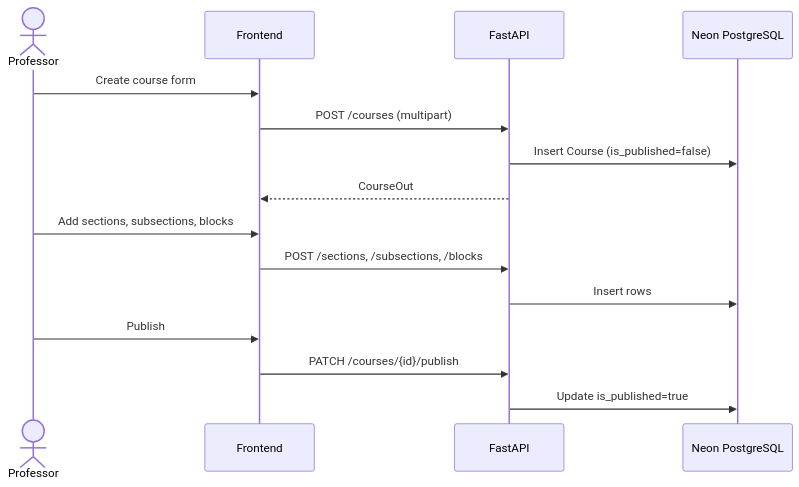
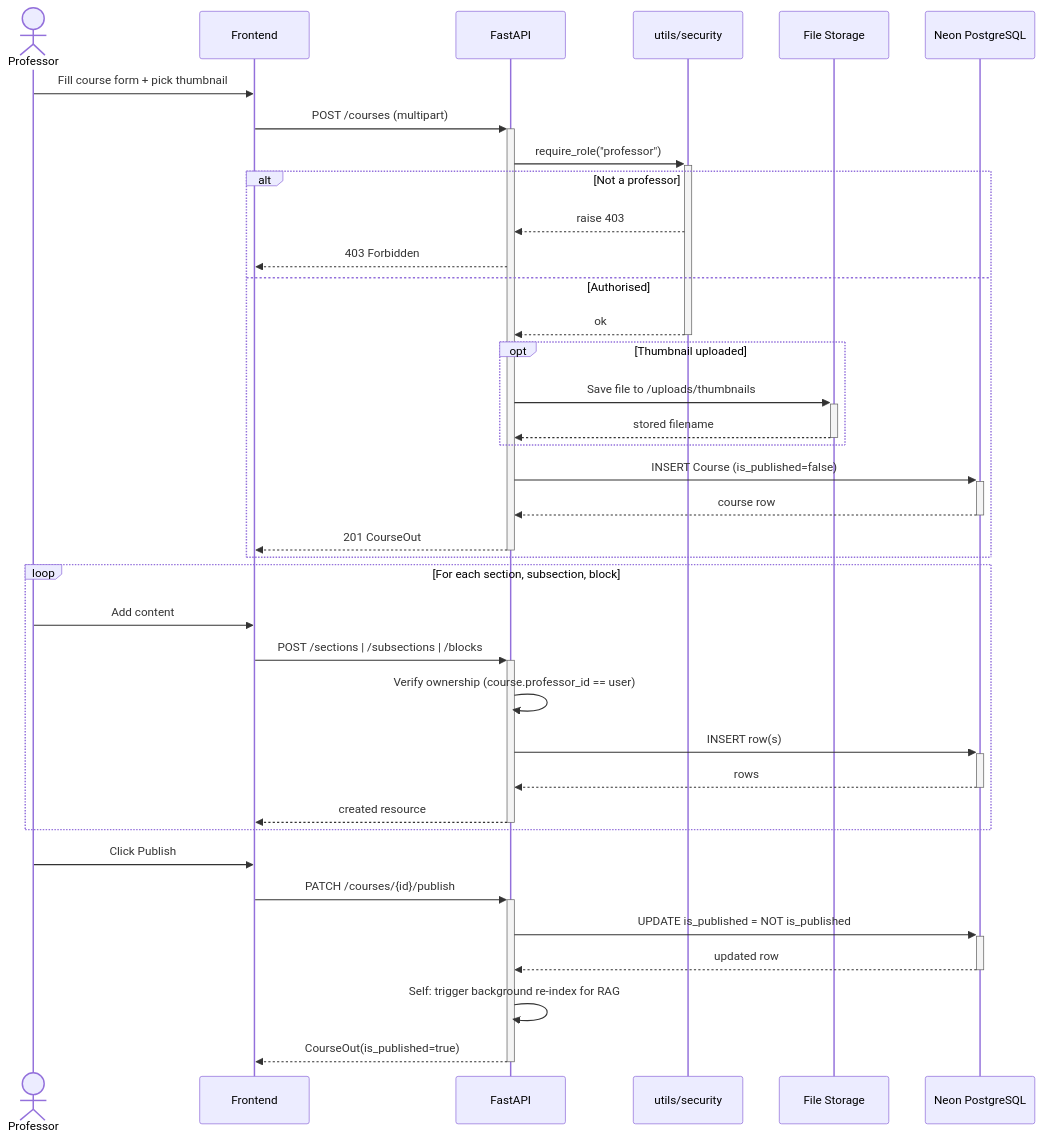
Before and after one commit to yazidha09/Hub4Learners: the fourth of 5 diagrams in docs/sprints/SPRINT_2.md, drawn with Mermaid. The commit also changed other lines of this file and 5 other files, not shown here.

````diff
--- a/docs/sprints/SPRINT_2.md
+++ b/docs/sprints/SPRINT_2.md
@@ -158,20 +158,42 @@
 ```mermaid
 sequenceDiagram
     actor Professor
     participant Frontend
     participant API as FastAPI
+    participant Sec as utils/security
+    participant FS as File Storage
     participant DB as Neon PostgreSQL
 
-    Professor->>Frontend: Create course form
-    Frontend->>API: POST /courses (multipart)
-    API->>DB: Insert Course (is_published=false)
-    API-->>Frontend: CourseOut
+    Professor->>Frontend: Fill course form + pick thumbnail
+    Frontend->>+API: POST /courses (multipart)
+    API->>+Sec: require_role("professor")
+    alt Not a professor
+        Sec-->>API: raise 403
+        API-->>Frontend: 403 Forbidden
+    else Authorised
+        Sec-->>-API: ok
+        opt Thumbnail uploaded
+            API->>+FS: Save file to /uploads/thumbnails
+            FS-->>-API: stored filename
+        end
+        API->>+DB: INSERT Course (is_published=false)
+        DB-->>-API: course row
+        API-->>-Frontend: 201 CourseOut
+    end
 
-    Professor->>Frontend: Add sections, subsections, blocks
-    Frontend->>API: POST /sections, /subsections, /blocks
-    API->>DB: Insert rows
+    loop For each section, subsection, block
+        Professor->>Frontend: Add content
+        Frontend->>+API: POST /sections | /subsections | /blocks
+        API->>API: Verify ownership (course.professor_id == user)
+        API->>+DB: INSERT row(s)
+        DB-->>-API: rows
+        API-->>-Frontend: created resource
+    end
 
-    Professor->>Frontend: Publish
-    Frontend->>API: PATCH /courses/{id}/publish
-    API->>DB: Update is_published=true
+    Professor->>Frontend: Click Publish
+    Frontend->>+API: PATCH /courses/{id}/publish
+    API->>+DB: UPDATE is_published = NOT is_published
+    DB-->>-API: updated row
+    API->>API: Self: trigger background re-index for RAG
+    API-->>-Frontend: CourseOut(is_published=true)
 ```
````
